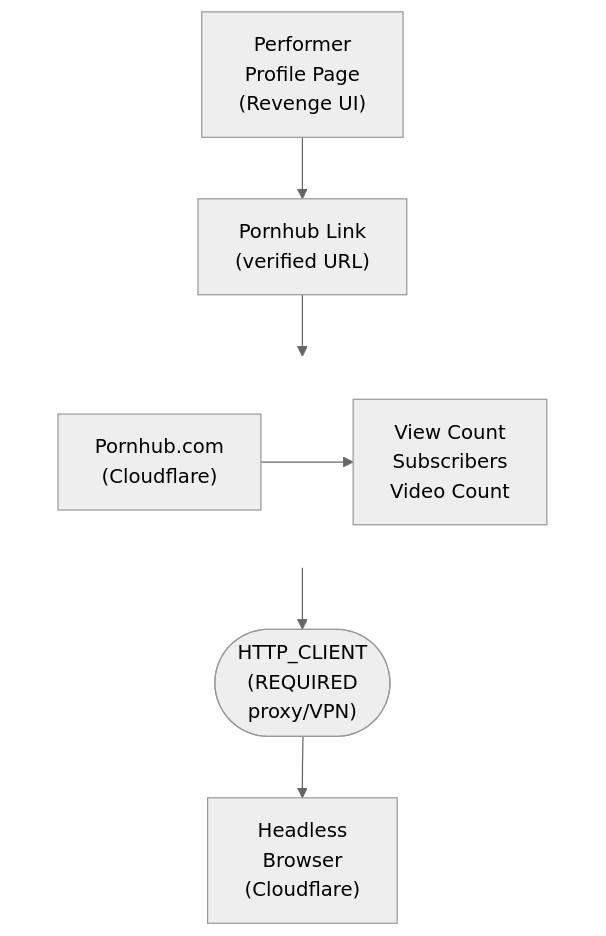
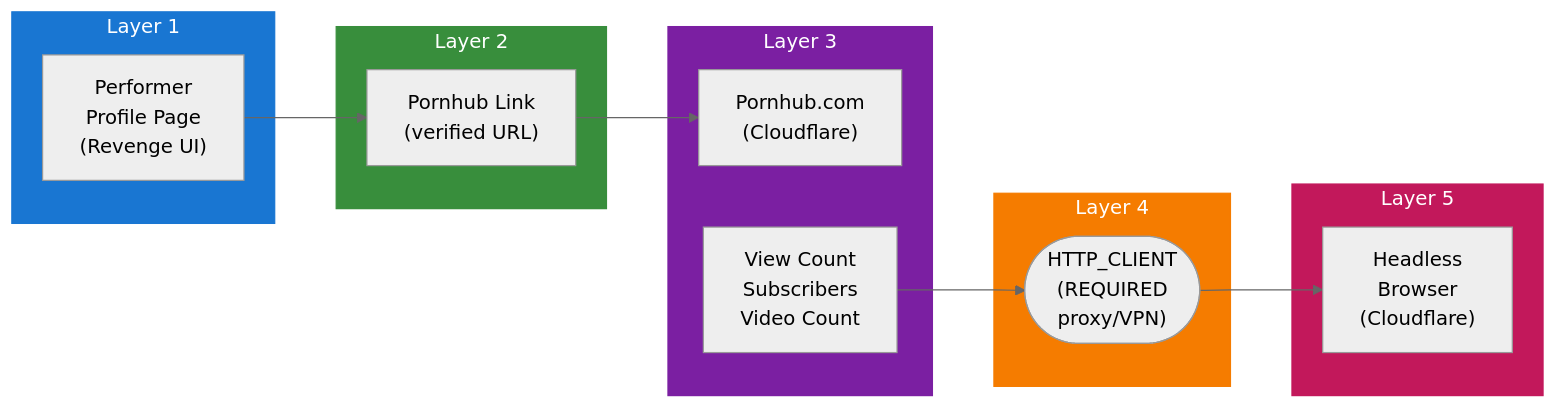
The diagram in docs/dev/design/integrations/metadata/adult/PORNHUB.md (lusoris/revenge), drawn with Mermaid (neutral theme) before and after one commit. The commit also changed 215 other files, not shown here.

First line of the commit message:
feat(diagrams): convert all ASCII diagrams to Mermaid with LR subgraphs

````diff
--- a/docs/dev/design/integrations/metadata/adult/PORNHUB.md
+++ b/docs/dev/design/integrations/metadata/adult/PORNHUB.md
@@ -61,20 +61,36 @@
 ```mermaid
-flowchart TD
-    node1["Performer<br/>Profile Page<br/>(Revenge UI)"]
-    node2["Pornhub Link<br/>(verified URL)"]
-    subgraph row1[ ]
-        direction LR
+flowchart LR
+    subgraph Layer1["Layer 1"]
+        node1["Performer<br/>Profile Page<br/>(Revenge UI)"]
+    end
+
+    subgraph Layer2["Layer 2"]
+        node2["Pornhub Link<br/>(verified URL)"]
+    end
+
+    subgraph Layer3["Layer 3"]
         node3["Pornhub.com<br/>(Cloudflare)"]
         node4["View Count<br/>Subscribers<br/>Video Count"]
     end
-    node5(["HTTP_CLIENT<br/>(REQUIRED<br/>proxy/VPN)"])
-    node6["Headless<br/>Browser<br/>(Cloudflare)"]
-    node3 --> node4
+
+    subgraph Layer4["Layer 4"]
+        node5(["HTTP_CLIENT<br/>(REQUIRED<br/>proxy/VPN)"])
+    end
+
+    subgraph Layer5["Layer 5"]
+        node6["Headless<br/>Browser<br/>(Cloudflare)"]
+    end
+
+    %% Connections
     node1 --> node2
     node2 --> node3
     node4 --> node5
     node5 --> node6
 
-    %% Hide row subgraph borders
-    style row1 fill:transparent,stroke:transparent
+    %% Styling
+    style Layer1 fill:#1976D2,stroke:#1976D2,color:#fff
+    style Layer2 fill:#388E3C,stroke:#388E3C,color:#fff
+    style Layer3 fill:#7B1FA2,stroke:#7B1FA2,color:#fff
+    style Layer4 fill:#F57C00,stroke:#F57C00,color:#fff
+    style Layer5 fill:#C2185B,stroke:#C2185B,color:#fff
 ```
````
